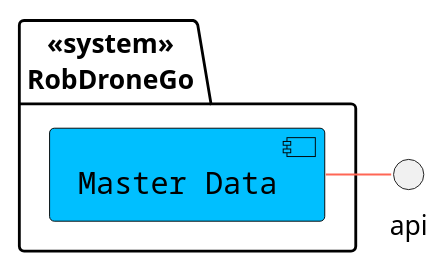
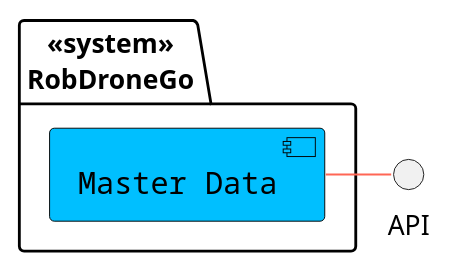
One commit to Departamento-de-Engenharia-Informatica/lapr5-23-24-g19 changed the diagram in docs/us150/level2/logical-view.puml. Above: the diagram before and after it, drawn with PlantUML. The commit also changed 1 other file, not shown here.

```diff
--- a/docs/us150/level2/logical-view.puml
+++ b/docs/us150/level2/logical-view.puml
@@ -1,21 +1,21 @@
 @startuml
 
 skinparam component {
     FontSize 16
     BackgroundColor<<Apache>> LightCoral
     BorderColor<<Apache>> #FF6655
     FontName Courier
     BorderColor black
     BackgroundColor DeepSkyBlue
     ArrowFontName Impact
     ArrowColor #FF6655
     ArrowFontColor #777777
 }
 
 package "<<system>>\nRobDroneGo" {
     [Master Data]
 }
 
-api -left- [Master Data]
+API -left- [Master Data]
 
 @enduml
```
